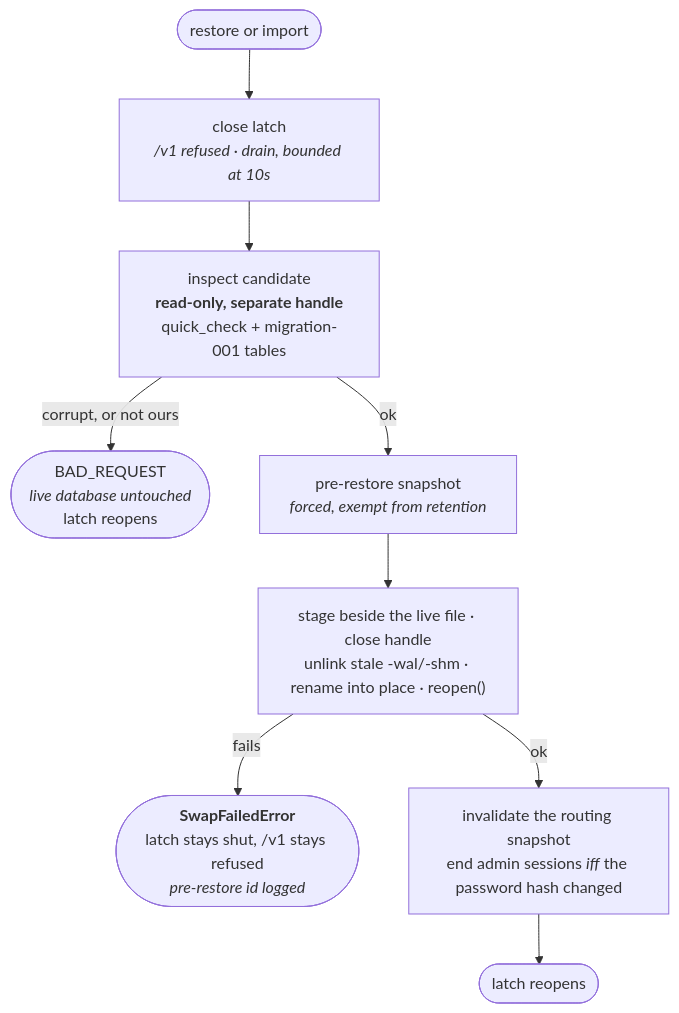
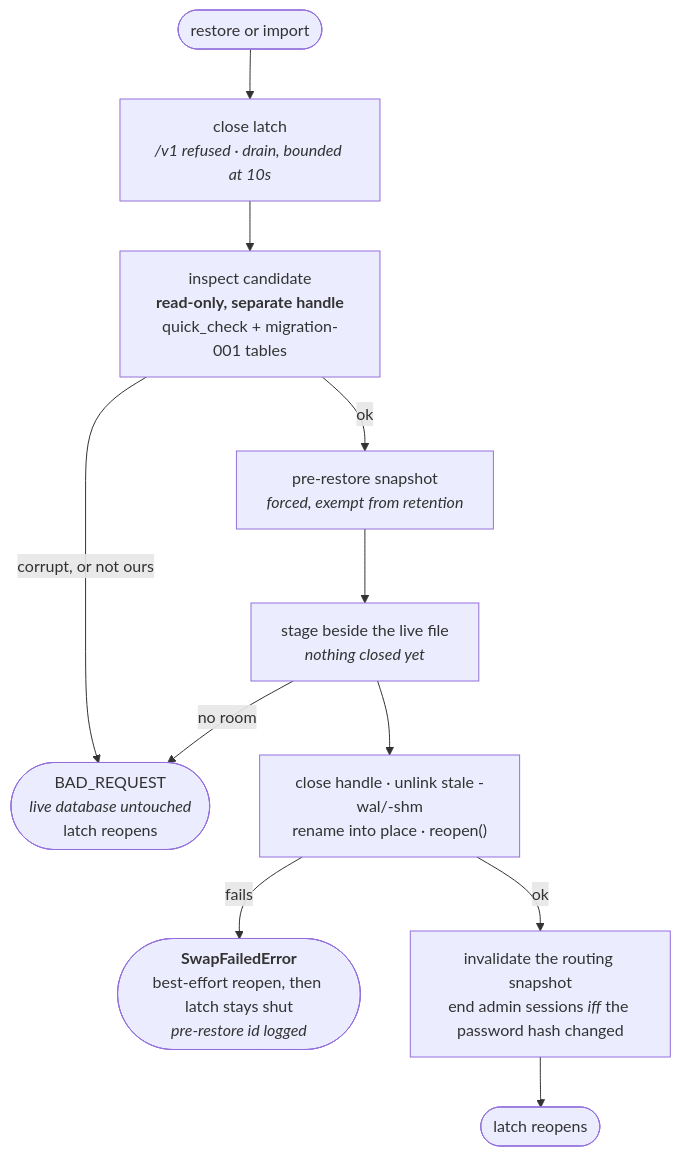
One commit to harismawan/omnigateway changed the sixth of 8 diagrams in ARCHITECTURE.md. Above: the diagram before and after it, drawn with Mermaid. The commit also changed other lines of this file and 9 other files, not shown here.

````diff
--- a/ARCHITECTURE.md
+++ b/ARCHITECTURE.md
@@ -300,11 +307,13 @@
 ```mermaid
 flowchart TD
   req(["restore or import"]) --> latch["close latch<br/><i>/v1 refused · drain, bounded at 10s</i>"]
   latch --> insp["inspect candidate<br/><b>read-only, separate handle</b><br/>quick_check + migration-001 tables"]
   insp -- "corrupt, or not ours" --> abort(["BAD_REQUEST<br/><i>live database untouched</i><br/>latch reopens"])
   insp -- ok --> undo["pre-restore snapshot<br/><i>forced, exempt from retention</i>"]
-  undo --> swap["stage beside the live file · close handle<br/>unlink stale -wal/-shm · rename into place · reopen()"]
-  swap -- fails --> wedged(["<b>SwapFailedError</b><br/>latch stays shut, /v1 stays refused<br/><i>pre-restore id logged</i>"])
+  undo --> stage["stage beside the live file<br/><i>nothing closed yet</i>"]
+  stage -- "no room" --> abort
+  stage --> swap["close handle · unlink stale -wal/-shm<br/>rename into place · reopen()"]
+  swap -- fails --> wedged(["<b>SwapFailedError</b><br/>best-effort reopen, then latch stays shut<br/><i>pre-restore id logged</i>"])
   swap -- ok --> inval["invalidate the routing snapshot<br/>end admin sessions <i>iff</i> the password hash changed"]
   inval --> open(["latch reopens"])
 ```
````
